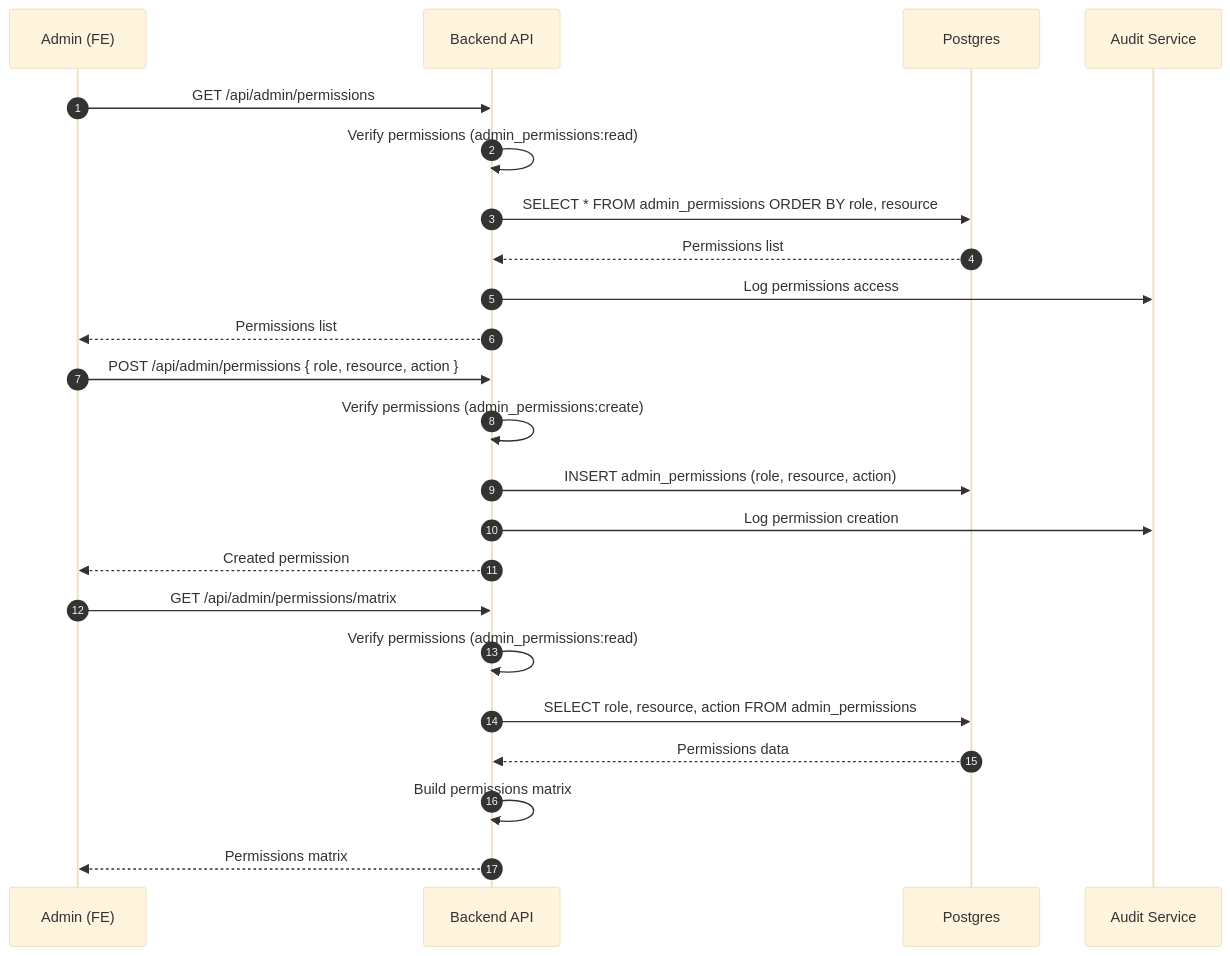
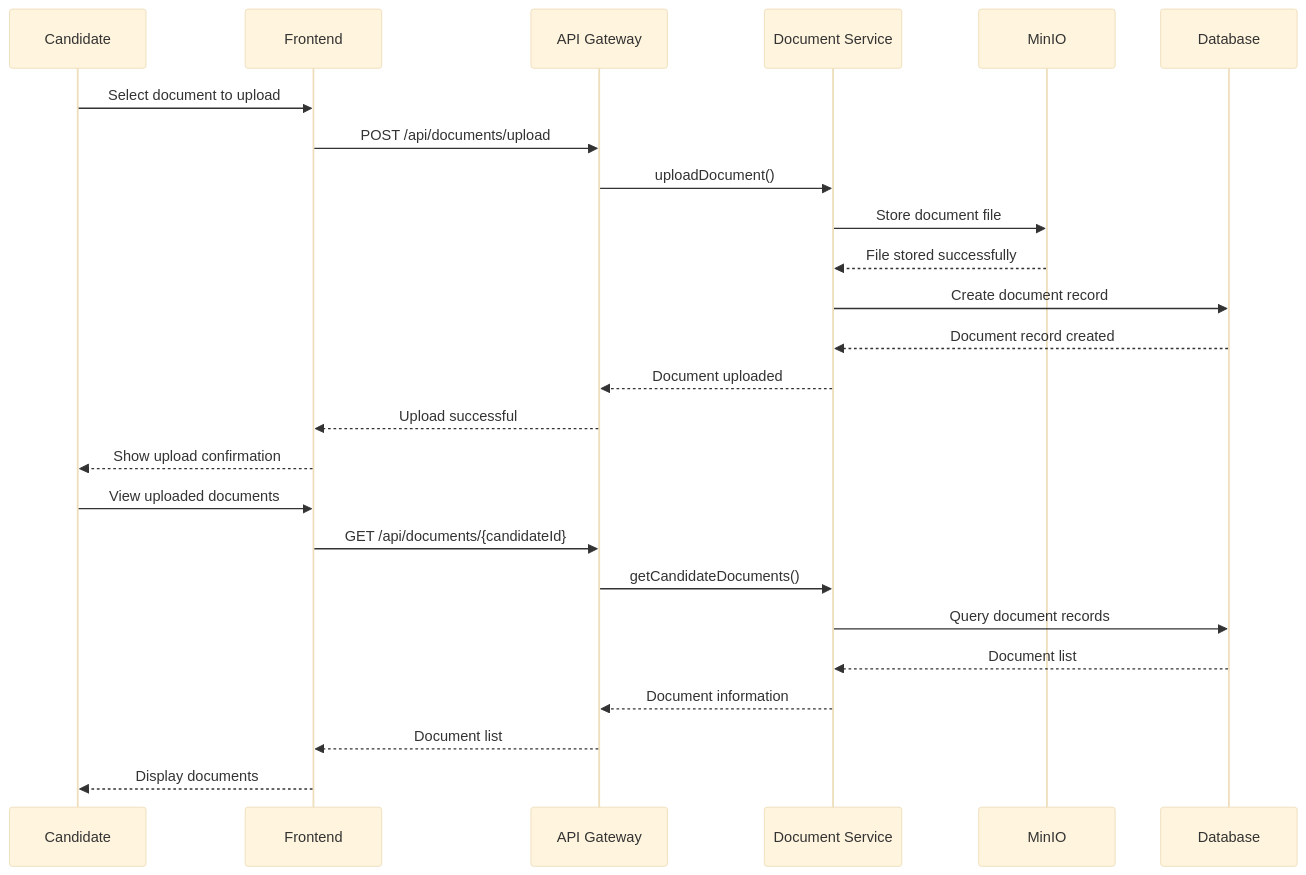
Before and after one commit to sbikelly/fuep_api: the eighth of 17 diagrams in docs/sequence-diagrams.md, drawn with Mermaid (base theme). The commit also changed other lines of this file and 35 other files, not shown here.

````diff
--- a/docs/sequence-diagrams.md
+++ b/docs/sequence-diagrams.md
@@ -440,28 +301,30 @@
 ```mermaid
 sequenceDiagram
-  autonumber
-  participant ADM as Admin (FE)
-  participant API as Backend API
-  participant DB as Postgres
-  participant AUDIT as Audit Service
+    participant C as Candidate
+    participant F as Frontend
+    participant A as API Gateway
+    participant DS as Document Service
+    participant M as MinIO
+    participant DB as Database
 
-  ADM->>API: GET /api/admin/permissions
-  API->>API: Verify permissions (admin_permissions:read)
-  API->>DB: SELECT * FROM admin_permissions ORDER BY role, resource
-  DB-->>API: Permissions list
-  API->>AUDIT: Log permissions access
-  API-->>ADM: Permissions list
+    C->>F: Select document to upload
+    F->>A: POST /api/documents/upload
+    A->>DS: uploadDocument()
 
-  ADM->>API: POST /api/admin/permissions { role, resource, action }
-  API->>API: Verify permissions (admin_permissions:create)
-  API->>DB: INSERT admin_permissions (role, resource, action)
-  API->>AUDIT: Log permission creation
-  API-->>ADM: Created permission
+    DS->>M: Store document file
+    M-->>DS: File stored successfully
+    DS->>DB: Create document record
+    DB-->>DS: Document record created
+    DS-->>A: Document uploaded
+    A-->>F: Upload successful
+    F-->>C: Show upload confirmation
 
-  ADM->>API: GET /api/admin/permissions/matrix
-  API->>API: Verify permissions (admin_permissions:read)
-  API->>DB: SELECT role, resource, action FROM admin_permissions
-  DB-->>API: Permissions data
-  API->>API: Build permissions matrix
-  API-->>ADM: Permissions matrix
+    C->>F: View uploaded documents
+    F->>A: GET /api/documents/{candidateId}
+    A->>DS: getCandidateDocuments()
+    DS->>DB: Query document records
+    DB-->>DS: Document list
+    DS-->>A: Document information
+    A-->>F: Document list
+    F-->>C: Display documents
 ```
````
